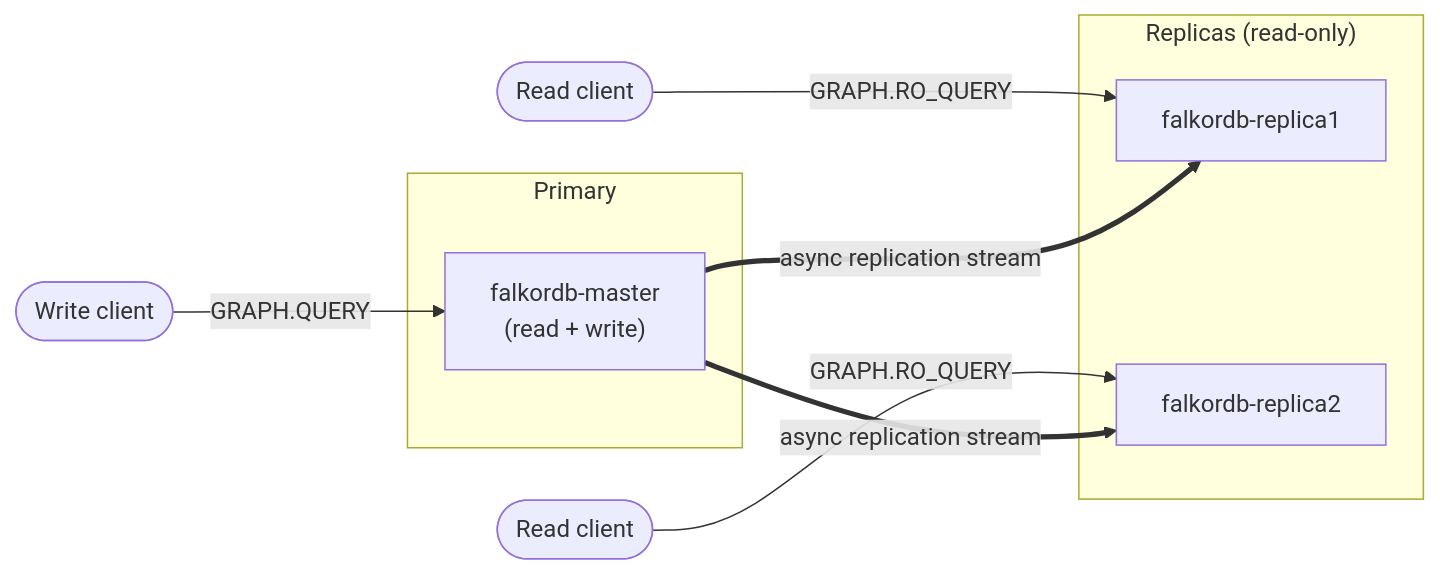
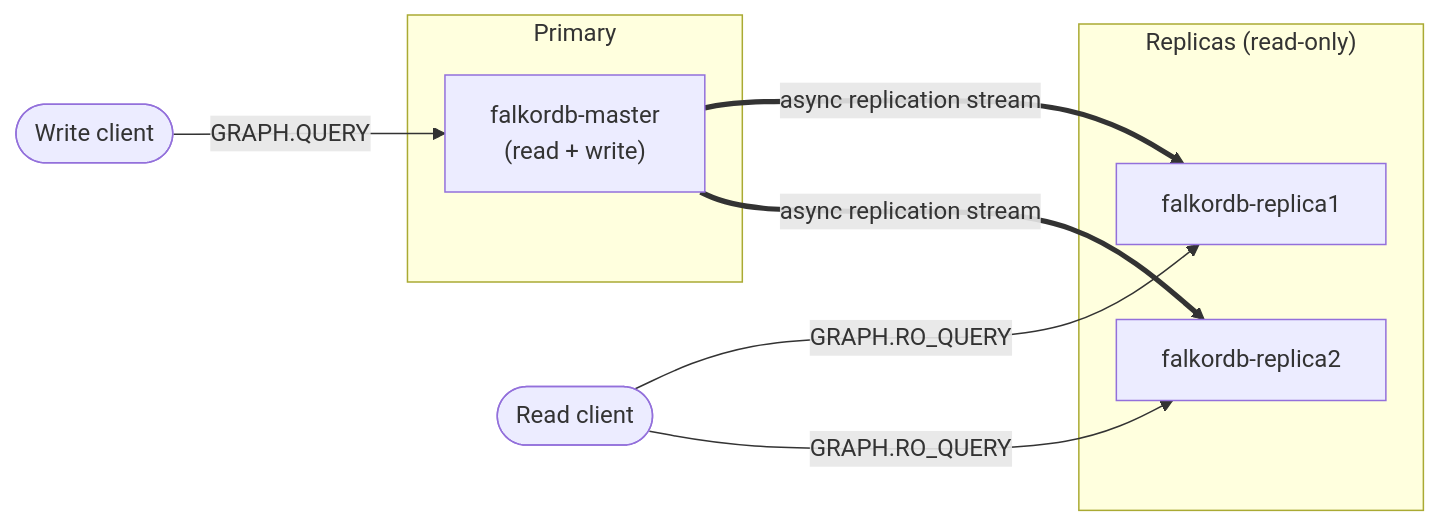
The diagram in operations/replication.md (FalkorDB/docs), drawn with Mermaid before and after one commit.

Commit message:
docs(operations): simplify replication diagram — single read client node
Use one 'Read client' node with two outgoing arrows instead of two
separate read client nodes to reduce visual clutter.

````diff
--- a/operations/replication.md
+++ b/operations/replication.md
@@ -19,18 +19,18 @@
 ```mermaid
 flowchart LR
     W(["Write client"]) -- "GRAPH.QUERY" --> M
-    R1c(["Read client"]) -- "GRAPH.RO_QUERY" --> Rep1
-    R2c(["Read client"]) -- "GRAPH.RO_QUERY" --> Rep2
+    Rc(["Read client"]) -- "GRAPH.RO_QUERY" --> Rep1
+    Rc -- "GRAPH.RO_QUERY" --> Rep2
 
     subgraph Primary["Primary"]
         M["falkordb-master<br/>(read + write)"]
     end
 
     subgraph Replicas["Replicas (read-only)"]
         Rep1["falkordb-replica1"]
         Rep2["falkordb-replica2"]
     end
 
     M == "async replication stream" ==> Rep1
     M == "async replication stream" ==> Rep2
 ```
````
